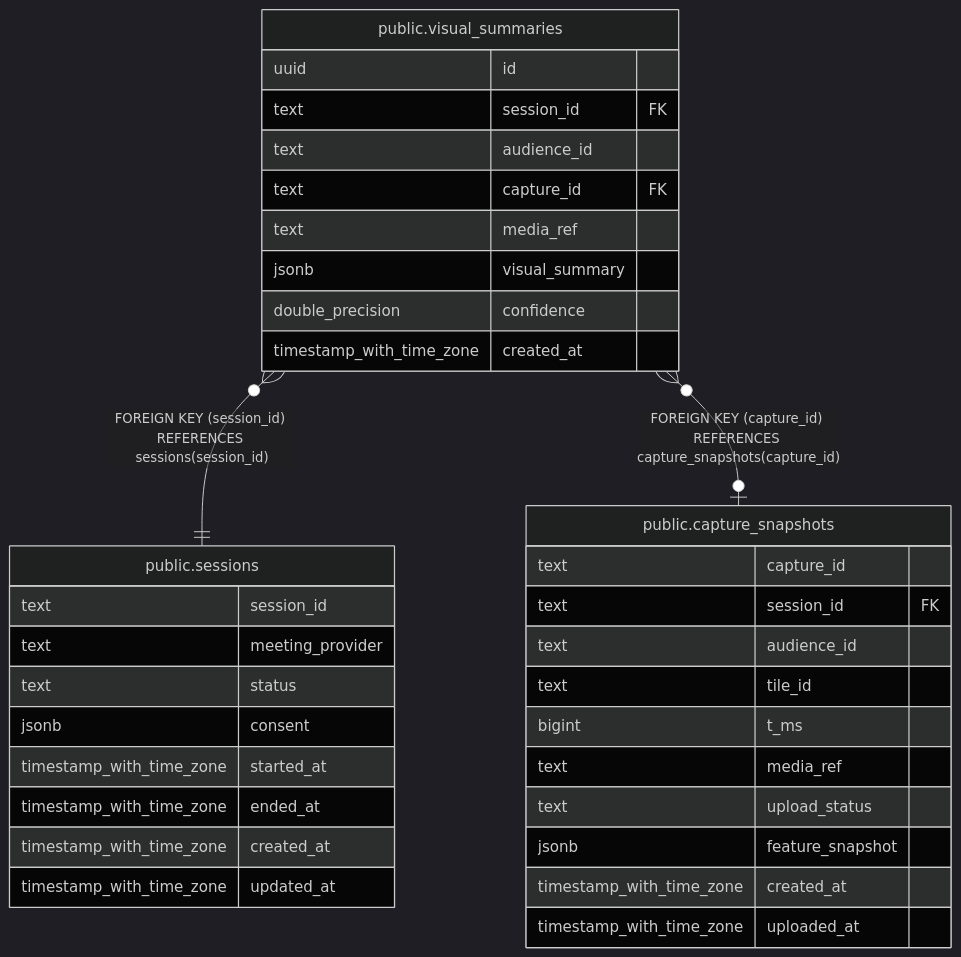
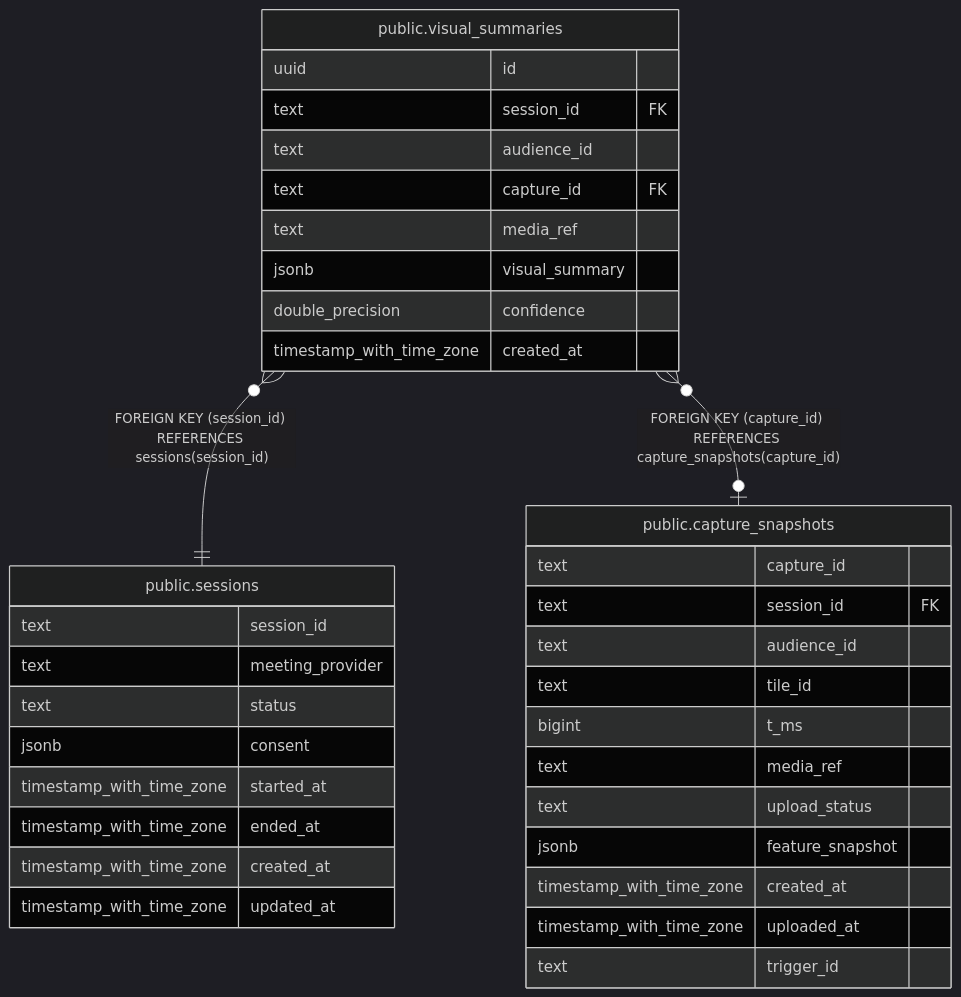
Before and after one commit to k-kanke/reaction-engine: the diagram in docs/schema/public.visual_summaries.md, drawn with Mermaid (dark theme). The commit also changed 9 other files, not shown here.

````diff
--- a/docs/schema/public.visual_summaries.md
+++ b/docs/schema/public.visual_summaries.md
@@ -35,39 +35,40 @@
 ```mermaid
 erDiagram
 
 "public.visual_summaries" }o--|| "public.sessions" : "FOREIGN KEY (session_id) REFERENCES sessions(session_id)"
 "public.visual_summaries" }o--o| "public.capture_snapshots" : "FOREIGN KEY (capture_id) REFERENCES capture_snapshots(capture_id)"
 
 "public.visual_summaries" {
   uuid id
   text session_id FK
   text audience_id
   text capture_id FK
   text media_ref
   jsonb visual_summary
   double_precision confidence
   timestamp_with_time_zone created_at
 }
 "public.sessions" {
   text session_id
   text meeting_provider
   text status
   jsonb consent
   timestamp_with_time_zone started_at
   timestamp_with_time_zone ended_at
   timestamp_with_time_zone created_at
   timestamp_with_time_zone updated_at
 }
 "public.capture_snapshots" {
   text capture_id
   text session_id FK
   text audience_id
   text tile_id
   bigint t_ms
   text media_ref
   text upload_status
   jsonb feature_snapshot
   timestamp_with_time_zone created_at
   timestamp_with_time_zone uploaded_at
+  text trigger_id
 }
 ```
````
